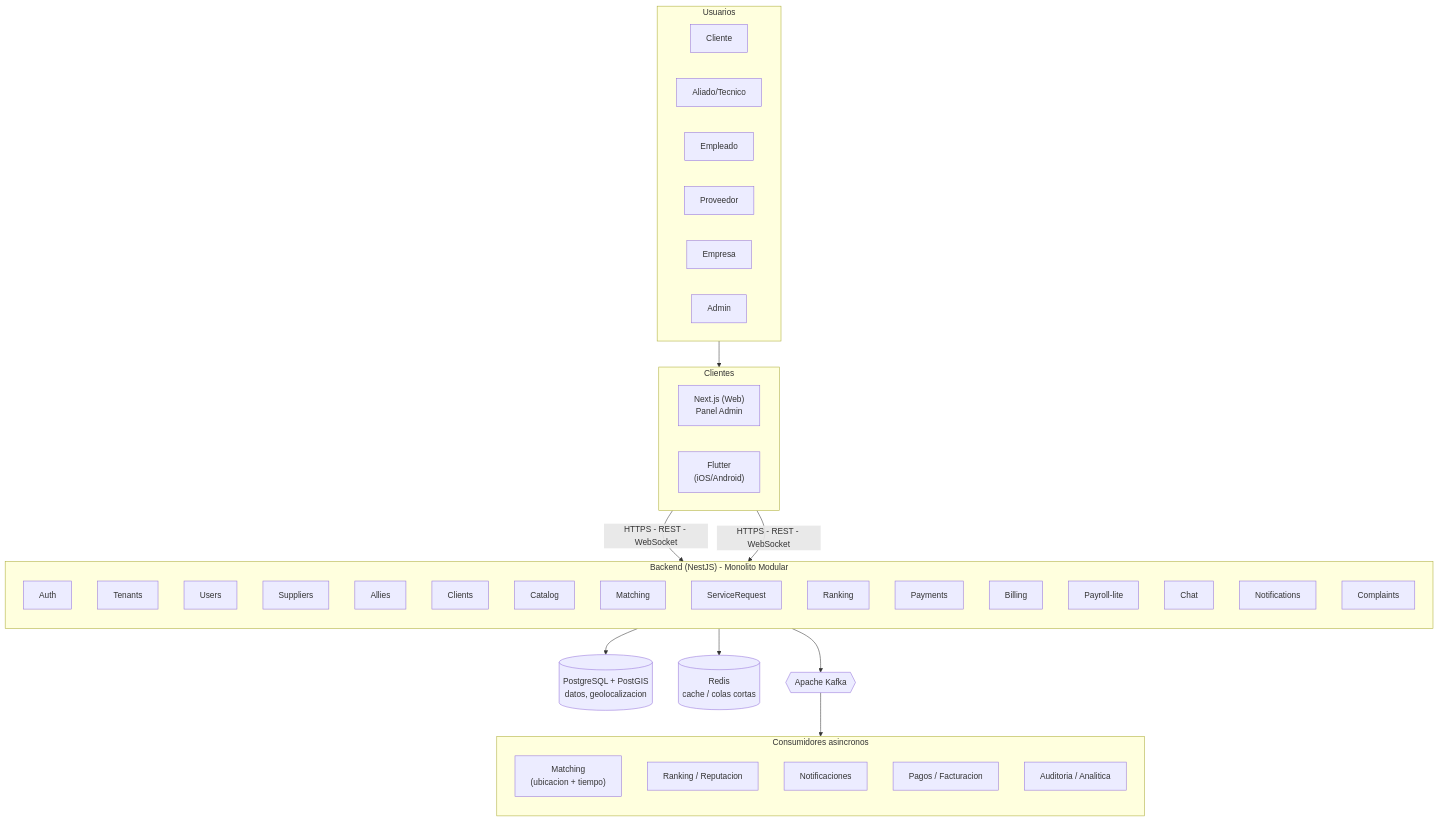
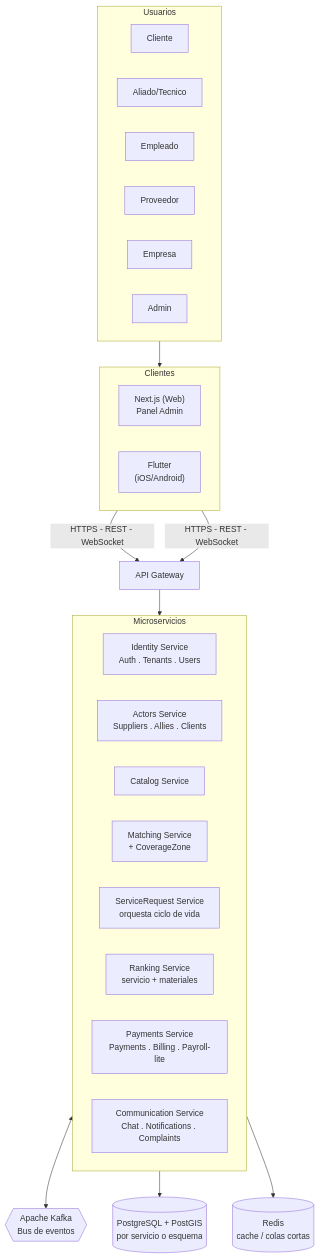
The first of 4 diagrams in Documentos/SDA.md (sebas0430/Arquitectura), drawn with Mermaid before and after one commit. The commit also changed other lines of this file and 1 other file, not shown here.

````diff
--- a/Documentos/SDA.md
+++ b/Documentos/SDA.md
@@ -233,58 +354,46 @@
 ```mermaid
 flowchart TB
     subgraph Usuarios["Usuarios"]
         direction LR
         U1[Cliente]
         U2[Aliado/Tecnico]
         U3[Empleado]
         U4[Proveedor]
         U5[Empresa]
         U6[Admin]
     end
 
     subgraph Frontend["Clientes"]
         direction LR
         WEB["Next.js (Web)<br/>Panel Admin"]
         MOBILE["Flutter<br/>(iOS/Android)"]
     end
 
     Usuarios --> Frontend
 
-    WEB -->|"HTTPS - REST - WebSocket"| BACKEND
-    MOBILE -->|"HTTPS - REST - WebSocket"| BACKEND
+    WEB -->|"HTTPS - REST - WebSocket"| GW
+    MOBILE -->|"HTTPS - REST - WebSocket"| GW
 
-    subgraph BACKEND["Backend (NestJS) - Monolito Modular"]
-        direction TB
-        M1["Auth"]
-        M2["Tenants"]
-        M3["Users"]
-        M4["Suppliers"]
-        M5["Allies"]
-        M6["Clients"]
-        M7["Catalog"]
-        M8["Matching"]
-        M9["ServiceRequest"]
-        M10["Ranking"]
-        M11["Payments"]
-        M12["Billing"]
-        M13["Payroll-lite"]
-        M14["Chat"]
-        M15["Notifications"]
-        M16["Complaints"]
+    GW["API Gateway"]
+
+    subgraph Services["Microservicios"]
+        direction LR
+        S1["Identity Service<br/>Auth . Tenants . Users"]
+        S2["Actors Service<br/>Suppliers . Allies . Clients"]
+        S3["Catalog Service"]
+        S4["Matching Service<br/>+ CoverageZone"]
+        S5["ServiceRequest Service<br/>orquesta ciclo de vida"]
+        S6["Ranking Service<br/>servicio + materiales"]
+        S7["Payments Service<br/>Payments . Billing . Payroll-lite"]
+        S8["Communication Service<br/>Chat . Notifications . Complaints"]
     end
 
-    BACKEND --> DB[("PostgreSQL + PostGIS<br/>datos, geolocalizacion")]
-    BACKEND --> CACHE[("Redis<br/>cache / colas cortas")]
-    BACKEND --> KAFKA{{"Apache Kafka"}}
+    GW --> Services
 
-    subgraph Consumers["Consumidores asincronos"]
-        direction TB
-        K1["Matching<br/>(ubicacion + tiempo)"]
-        K2["Ranking / Reputacion"]
-        K3["Notificaciones"]
-        K4["Pagos / Facturacion"]
-        K5["Auditoria / Analitica"]
-    end
+    KAFKA{{"Apache Kafka<br/>Bus de eventos"}}
 
-    KAFKA --> Consumers
+    Services <--> KAFKA
+
+    Services --> DB[("PostgreSQL + PostGIS<br/>por servicio o esquema")]
+    Services --> CACHE[("Redis<br/>cache / colas cortas")]
 ```
````
